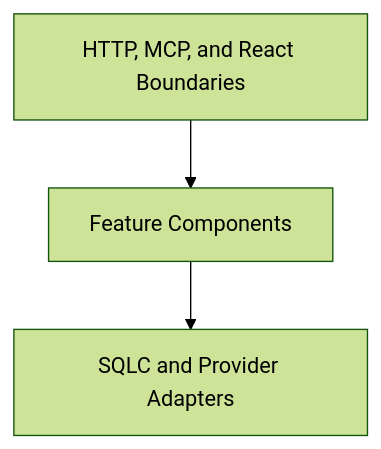
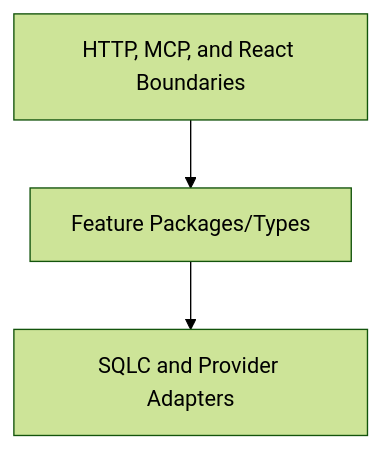
One commit to finsight-org/finsight changed the second of 3 diagrams in docs/foundation/technical-direction.md. Above: the diagram before and after it, drawn with Mermaid (forest theme). The commit also changed other lines of this file and 67 other files, not shown here.

First line of the commit message:
Refactor backend to direct sqlc feature components (#21)

````diff
--- a/docs/foundation/technical-direction.md
+++ b/docs/foundation/technical-direction.md
@@ -46,9 +46,9 @@
 ```mermaid
 flowchart TD
     Boundary["HTTP, MCP, and React Boundaries"]
-    Feature["Feature Components"]
+    Feature["Feature Packages/Types"]
     Data["SQLC and Provider Adapters"]
 
     Boundary --> Feature
     Feature --> Data
 ```
````
